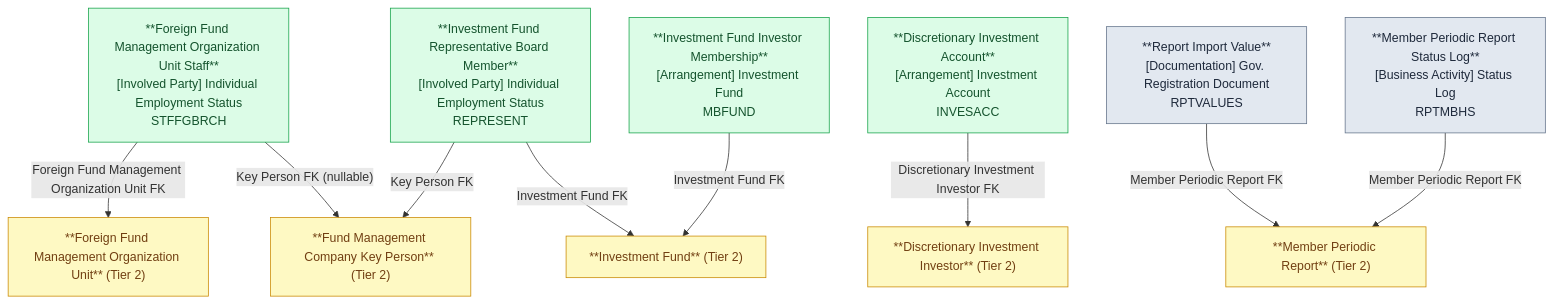
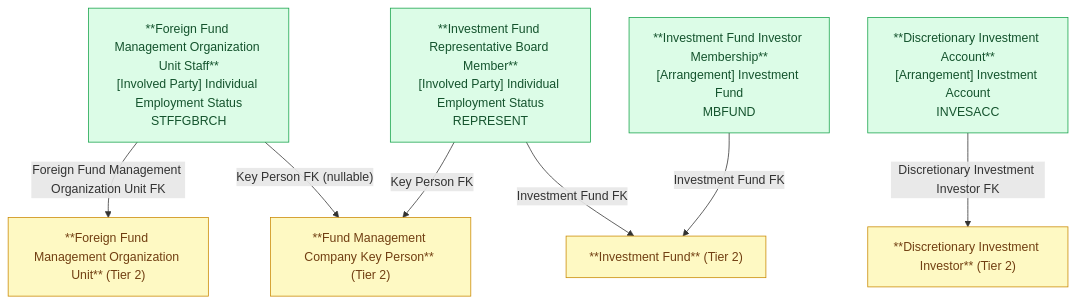
One commit to linhlvit/ubck_atomic_design changed the second of 2 diagrams in DataModel/working/Atomic/hld/FMS_HLD_Tier3.md. Above: the diagram before and after it, drawn with Mermaid. The commit also changed other lines of this file and 472 other files, not shown here.

````diff
--- a/DataModel/working/Atomic/hld/FMS_HLD_Tier3.md
+++ b/DataModel/working/Atomic/hld/FMS_HLD_Tier3.md
@@ -57,28 +50,23 @@
 ```mermaid
 graph TD
     classDef atomic fill:#dcfce7,stroke:#16a34a,color:#14532d
     classDef pattern fill:#e2e8f0,stroke:#64748b,color:#1e293b
     classDef outscope fill:#fef9c3,stroke:#ca8a04,color:#713f12
 
     FFMS["**Foreign Fund Management Organization Unit Staff**\n[Involved Party] Individual Employment Status\nSTFFGBRCH"]:::atomic
     RBM["**Investment Fund Representative Board Member**\n[Involved Party] Individual Employment Status\nREPRESENT"]:::atomic
     IFIM["**Investment Fund Investor Membership**\n[Arrangement] Investment Fund\nMBFUND"]:::atomic
     DIA["**Discretionary Investment Account**\n[Arrangement] Investment Account\nINVESACC"]:::atomic
-    RIV["**Report Import Value**\n[Documentation] Gov. Registration Document\nRPTVALUES"]:::pattern
-    MPRSL["**Member Periodic Report Status Log**\n[Business Activity] Status Log\nRPTMBHS"]:::pattern
 
     FFMOU["**Foreign Fund Management Organization Unit** (Tier 2)"]:::outscope
     KP["**Fund Management Company Key Person** (Tier 2)"]:::outscope
     IF["**Investment Fund** (Tier 2)"]:::outscope
     DII["**Discretionary Investment Investor** (Tier 2)"]:::outscope
-    MPR["**Member Periodic Report** (Tier 2)"]:::outscope
 
     FFMS -->|"Foreign Fund Management Organization Unit FK"| FFMOU
     FFMS -->|"Key Person FK (nullable)"| KP
     RBM -->|"Investment Fund FK"| IF
     RBM -->|"Key Person FK"| KP
     IFIM -->|"Investment Fund FK"| IF
     DIA -->|"Discretionary Investment Investor FK"| DII
-    RIV -->|"Member Periodic Report FK"| MPR
-    MPRSL -->|"Member Periodic Report FK"| MPR
 ```
````
